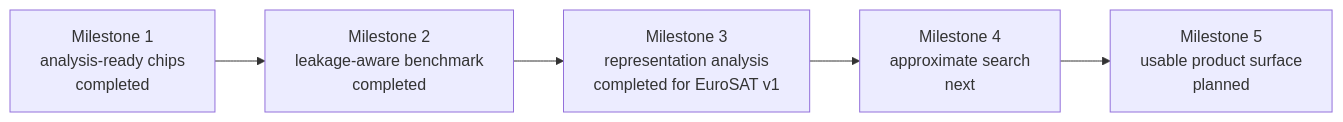
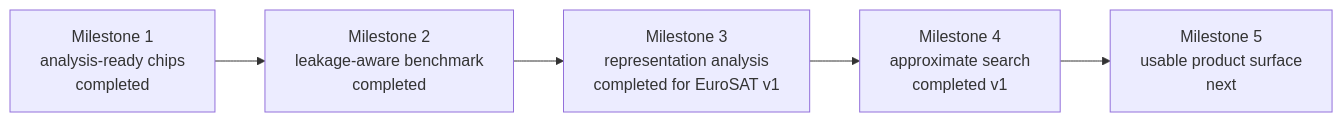
Before and after one commit to NikosMav/eo-visual-retrieval: the diagram in docs/project-context.md, drawn with Mermaid. The commit also changed other lines of this file and 20 other files, not shown here.

````diff
--- a/docs/project-context.md
+++ b/docs/project-context.md
@@ -52,9 +53,9 @@
 ```mermaid
 flowchart LR
     M1[Milestone 1<br/>analysis-ready chips<br/>completed]
     M2[Milestone 2<br/>leakage-aware benchmark<br/>completed]
     M3[Milestone 3<br/>representation analysis<br/>completed for EuroSAT v1]
-    M4[Milestone 4<br/>approximate search<br/>next]
-    M5[Milestone 5<br/>usable product surface<br/>planned]
+    M4[Milestone 4<br/>approximate search<br/>completed v1]
+    M5[Milestone 5<br/>usable product surface<br/>next]
     M1 --> M2 --> M3 --> M4 --> M5
 ```
````
